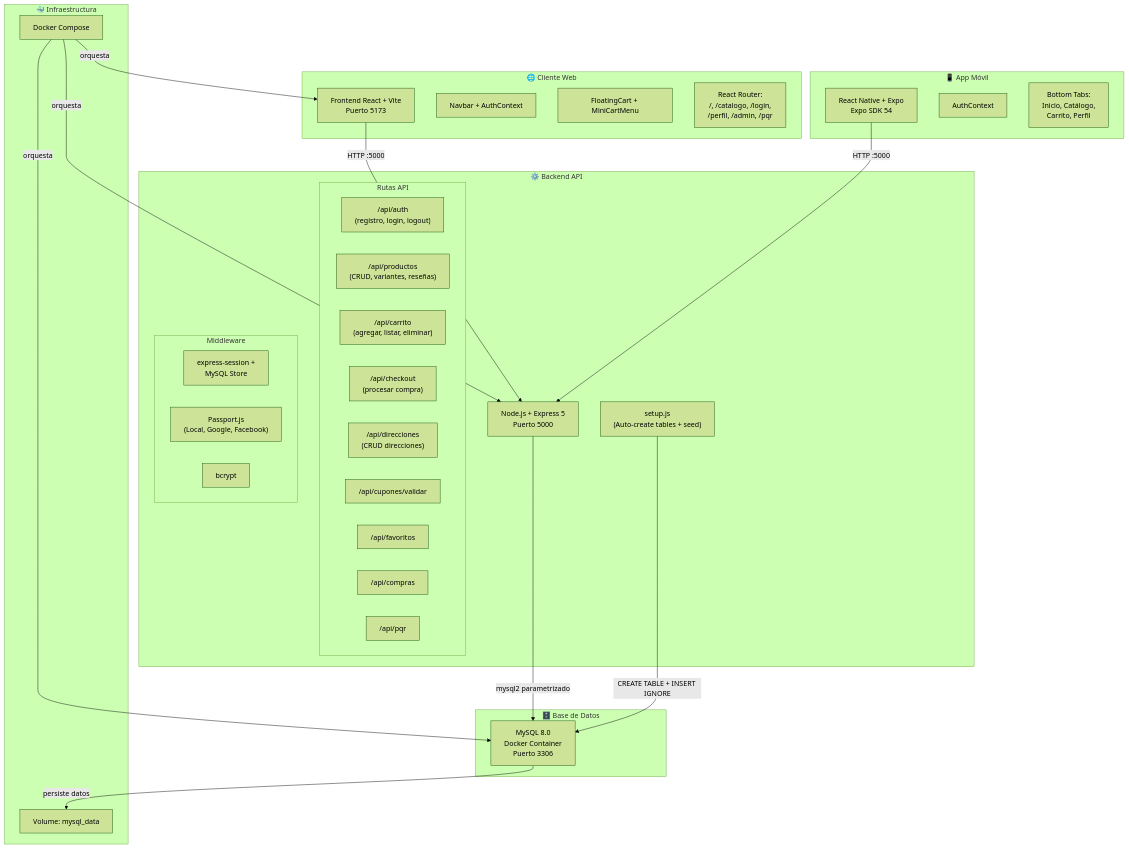
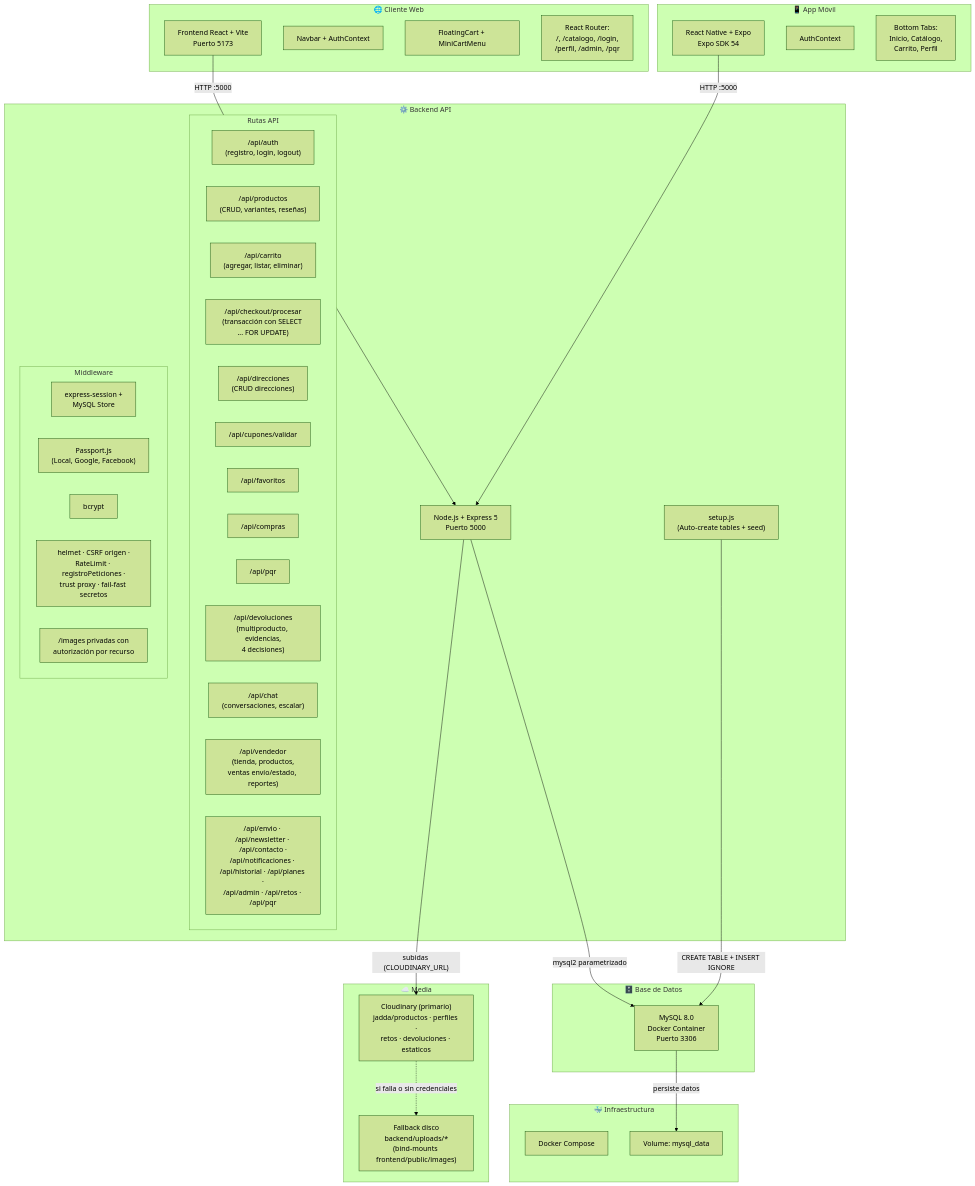
The first of 3 diagrams in docs/diagrams/arquitectura.md (yeisonfernandez2022-crypto/Jadda_Sports_React), drawn with Mermaid (forest theme) before and after one commit. The commit also changed other lines of this file and 13 other files, not shown here.

Commit message:
docs(rf-rnf-calidad): flujo de subidas en Cloudinary (RF-045/046/047, RNF-002/004/013), CSRF real en evaluaciones, postscript de la revision 10-20, ERD con columnas de 2026

````diff
--- a/docs/diagrams/arquitectura.md
+++ b/docs/diagrams/arquitectura.md
@@ -3,56 +3,66 @@
 ```mermaid
 graph TB
     subgraph "🌐 Cliente Web"
         FRONTEND["Frontend React + Vite<br/>Puerto 5173"]
         NAVBAR["Navbar + AuthContext"]
         CART["FloatingCart + MiniCartMenu"]
         ROUTES["React Router:<br/>/, /catalogo, /login,<br/>/perfil, /admin, /pqr"]
     end
 
     subgraph "📱 App Móvil"
         MOBILE["React Native + Expo<br/>Expo SDK 54"]
         MOBILE_AUTH["AuthContext"]
         MOBILE_TABS["Bottom Tabs:<br/>Inicio, Catálogo,<br/>Carrito, Perfil"]
     end
 
     subgraph "⚙️ Backend API"
         BACKEND["Node.js + Express 5<br/>Puerto 5000"]
         SETUP["setup.js<br/>(Auto-create tables + seed)"]
         
         subgraph "Rutas API"
             AUTH["/api/auth<br/>(registro, login, logout)"]
             PRODUCTOS["/api/productos<br/>(CRUD, variantes, reseñas)"]
             CARRITO["/api/carrito<br/>(agregar, listar, eliminar)"]
-            CHECKOUT["/api/checkout<br/>(procesar compra)"]
+            CHECKOUT["/api/checkout/procesar<br/>(transacción con SELECT ... FOR UPDATE)"]
             DIRECCIONES["/api/direcciones<br/>(CRUD direcciones)"]
             CUPONES["/api/cupones/validar"]
             FAVORITOS["/api/favoritos"]
             COMPRAS["/api/compras"]
             PQR["/api/pqr"]
+            POSTVENTA["/api/devoluciones<br/>(multiproducto, evidencias,<br/>4 decisiones)"]
+            CHAT["/api/chat<br/>(conversaciones, escalar)"]
+            VENDEDOR["/api/vendedor<br/>(tienda, productos,<br/>ventas envío/estado, reportes)"]
+            APOYO["/api/envio · /api/newsletter · /api/contacto ·<br/>/api/notificaciones · /api/historial · /api/planes ·<br/>/api/admin · /api/retos · /api/pqr"]
         end
         
         subgraph "Middleware"
             SESSION["express-session +<br/>MySQL Store"]
             PASSPORT["Passport.js<br/>(Local, Google, Facebook)"]
             BCRYPT["bcrypt"]
+            SEGURIDAD["helmet · CSRF origen ·<br/>RateLimit · registroPeticiones ·<br/>trust proxy · fail-fast secretos"]
+            STATIC["/images privadas con<br/>autorización por recurso"]
         end
+    end
+
+    subgraph "☁️ Media"
+        CLOUD["Cloudinary (primario)<br/>jadda/productos · perfiles ·<br/>retos · devoluciones · estaticos"]
+        DISCO["Fallback disco<br/>backend/uploads/*<br/>(bind-mounts frontend/public/images)"]
     end
 
     subgraph "🗄️ Base de Datos"
         DB["MySQL 8.0<br/>Docker Container<br/>Puerto 3306"]
     end
 
     subgraph "🐳 Infraestructura"
         DOCKER["Docker Compose"]
         VOLUME["Volume: mysql_data"]
     end
 
     FRONTEND -->|"HTTP :5000"| BACKEND
     MOBILE -->|"HTTP :5000"| BACKEND
     BACKEND -->|"mysql2 parametrizado"| DB
     SETUP -->|"CREATE TABLE + INSERT IGNORE"| DB
-    DOCKER -->|"orquesta"| FRONTEND
-    DOCKER -->|"orquesta"| BACKEND
-    DOCKER -->|"orquesta"| DB
+    BACKEND -->|"subidas (CLOUDINARY_URL)"| CLOUD
+    CLOUD -.->|"si falla o sin credenciales"| DISCO
     DB -->|"persiste datos"| VOLUME
 ```
````
